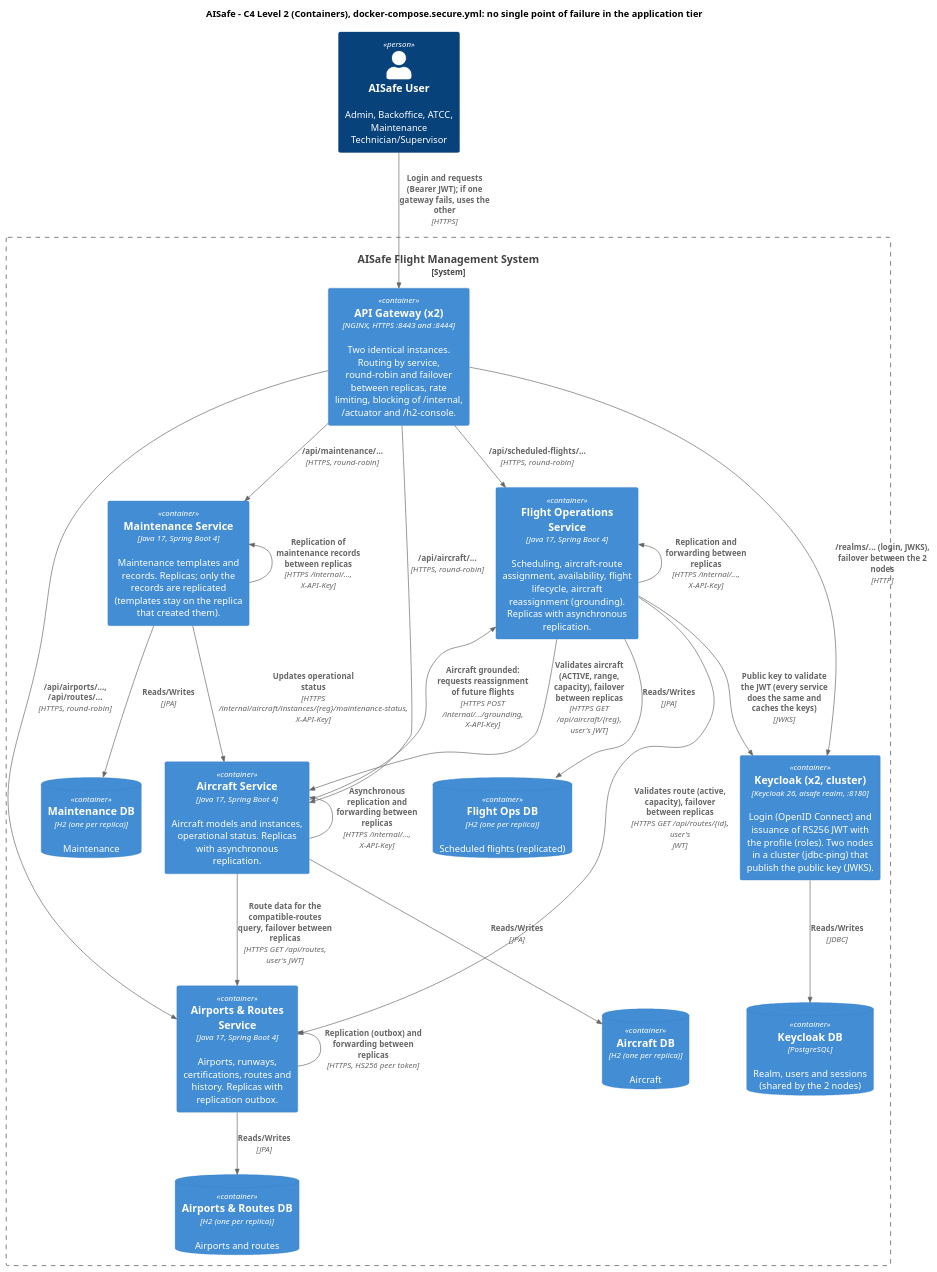
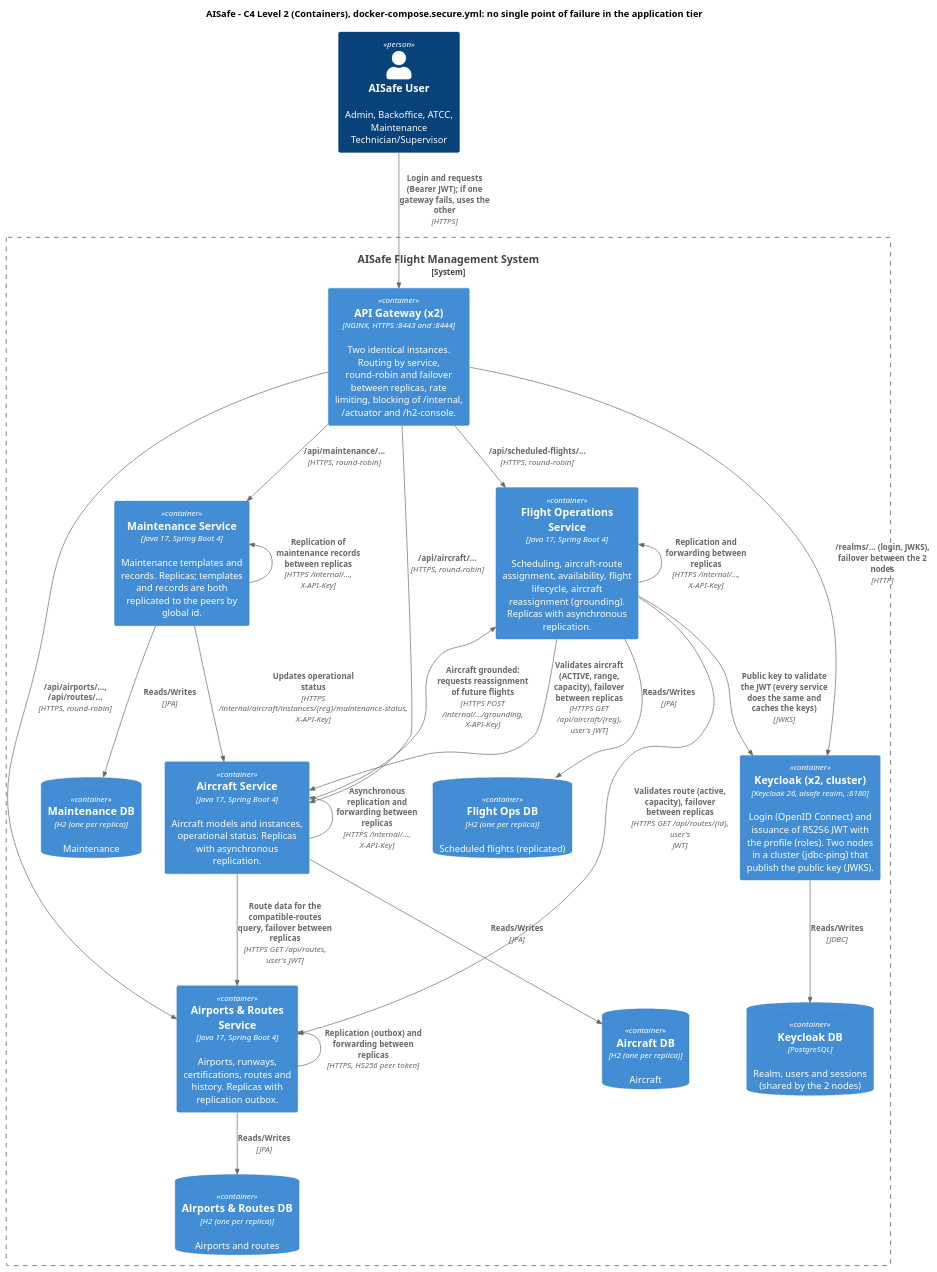
One commit to anamartasilvaa/SIDIG_AI_Safe changed the diagram in docs/SIDIS/c4-container.puml. Above: the diagram before and after it, drawn with PlantUML. The commit also changed 2 other files, not shown here.

```diff
--- a/docs/SIDIS/c4-container.puml
+++ b/docs/SIDIS/c4-container.puml
@@ -1,49 +1,49 @@
 @startuml c4-container
 !include <C4/C4_Container>
 LAYOUT_TOP_DOWN()
 
 title AISafe - C4 Level 2 (Containers), docker-compose.secure.yml: no single point of failure in the application tier
 
 Person(user, "AISafe User", "Admin, Backoffice, ATCC, Maintenance Technician/Supervisor")
 
 System_Boundary(aisafe, "AISafe Flight Management System") {
     Container(gw, "API Gateway (x2)", "NGINX, HTTPS :8443 and :8444", "Two identical instances. Routing by service, round-robin and failover between replicas, rate limiting, blocking of /internal, /actuator and /h2-console.")
     Container(kc, "Keycloak (x2, cluster)", "Keycloak 26, aisafe realm, :8180", "Login (OpenID Connect) and issuance of RS256 JWT with the profile (roles). Two nodes in a cluster (jdbc-ping) that publish the public key (JWKS).")
     ContainerDb(kcdb, "Keycloak DB", "PostgreSQL", "Realm, users and sessions (shared by the 2 nodes)")
 
     Container(fo, "Flight Operations Service", "Java 17, Spring Boot 4", "Scheduling, aircraft-route assignment, availability, flight lifecycle, aircraft reassignment (grounding). Replicas with asynchronous replication.")
     Container(ar, "Airports & Routes Service", "Java 17, Spring Boot 4", "Airports, runways, certifications, routes and history. Replicas with replication outbox.")
     Container(ac, "Aircraft Service", "Java 17, Spring Boot 4", "Aircraft models and instances, operational status. Replicas with asynchronous replication.")
-    Container(mt, "Maintenance Service", "Java 17, Spring Boot 4", "Maintenance templates and records. Replicas; only the records are replicated (templates stay on the replica that created them).")
+    Container(mt, "Maintenance Service", "Java 17, Spring Boot 4", "Maintenance templates and records. Replicas; templates and records are both replicated to the peers by global id.")
 
     ContainerDb(fodb, "Flight Ops DB", "H2 (one per replica)", "Scheduled flights (replicated)")
     ContainerDb(ardb, "Airports & Routes DB", "H2 (one per replica)", "Airports and routes")
     ContainerDb(acdb, "Aircraft DB", "H2 (one per replica)", "Aircraft")
     ContainerDb(mtdb, "Maintenance DB", "H2 (one per replica)", "Maintenance")
 }
 
 Rel(user, gw, "Login and requests (Bearer JWT); if one gateway fails, uses the other", "HTTPS")
 Rel(gw, kc, "/realms/... (login, JWKS), failover between the 2 nodes", "HTTP")
 Rel(kc, kcdb, "Reads/Writes", "JDBC")
 Rel(gw, fo, "/api/scheduled-flights/...", "HTTPS, round-robin")
 Rel(gw, ar, "/api/airports/..., /api/routes/...", "HTTPS, round-robin")
 Rel(gw, ac, "/api/aircraft/...", "HTTPS, round-robin")
 Rel(gw, mt, "/api/maintenance/...", "HTTPS, round-robin")
 
 Rel(fo, ar, "Validates route (active, capacity), failover between replicas", "HTTPS GET /api/routes/{id}, user's JWT")
 Rel(fo, ac, "Validates aircraft (ACTIVE, range, capacity), failover between replicas", "HTTPS GET /api/aircraft/{reg}, user's JWT")
 Rel(mt, ac, "Updates operational status", "HTTPS /internal/aircraft/instances/{reg}/maintenance-status, X-API-Key")
 Rel(ac, fo, "Aircraft grounded: requests reassignment of future flights", "HTTPS POST /internal/.../grounding, X-API-Key")
 Rel(fo, kc, "Public key to validate the JWT (every service does the same and caches the keys)", "JWKS")
 Rel_L(fo, fo, "Replication and forwarding between replicas", "HTTPS /internal/..., X-API-Key")
 Rel_L(ar, ar, "Replication (outbox) and forwarding between replicas", "HTTPS, HS256 peer token")
 Rel_L(ac, ac, "Asynchronous replication and forwarding between replicas", "HTTPS /internal/..., X-API-Key")
 Rel_L(mt, mt, "Replication of maintenance records between replicas", "HTTPS /internal/..., X-API-Key")
 Rel(ac, ar, "Route data for the compatible-routes query, failover between replicas", "HTTPS GET /api/routes, user's JWT")
 
 Rel(fo, fodb, "Reads/Writes", "JPA")
 Rel(ar, ardb, "Reads/Writes", "JPA")
 Rel(ac, acdb, "Reads/Writes", "JPA")
 Rel(mt, mtdb, "Reads/Writes", "JPA")
 
 @enduml
```
